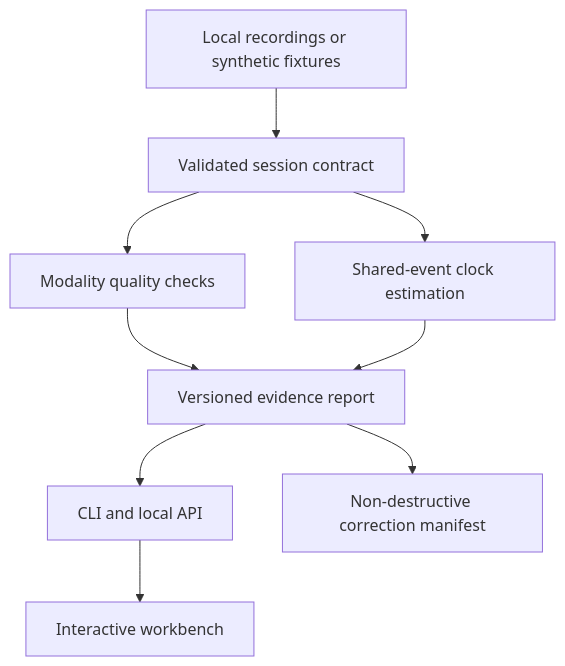
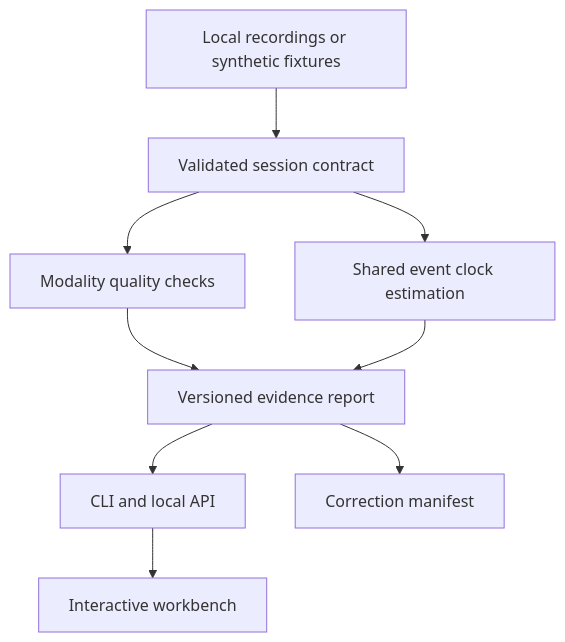
One commit to abrar0205/modalityops changed the diagram in README.md. Above: the diagram before and after it, drawn with Mermaid. The commit also changed other lines of this file, not shown here.

Commit message:
Add live demo link and repair architecture diagram
Make the deployed workbench easy to discover from the repository and use GitHub-compatible Mermaid labels.

````diff
--- a/README.md
+++ b/README.md
@@ -117,11 +119,11 @@
 ```mermaid
 flowchart TD
-    A[Local recordings or synthetic fixtures] --> B[Validated session contract]
-    B --> C[Modality quality checks]
-    B --> D[Shared-event clock estimation]
-    C --> E[Versioned evidence report]
+    A["Local recordings or synthetic fixtures"] --> B["Validated session contract"]
+    B --> C["Modality quality checks"]
+    B --> D["Shared event clock estimation"]
+    C --> E["Versioned evidence report"]
     D --> E
-    E --> F[CLI and local API]
-    F --> G[Interactive workbench]
-    E --> H[Non-destructive correction manifest]
+    E --> F["CLI and local API"]
+    F --> G["Interactive workbench"]
+    E --> H["Correction manifest"]
 ```
````
